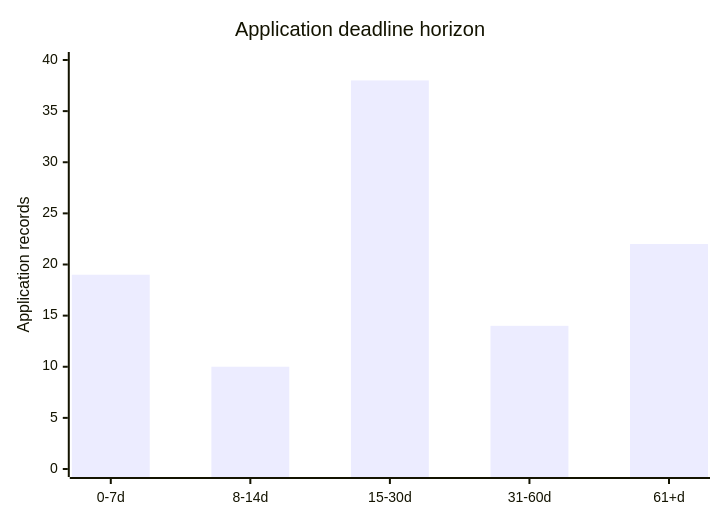
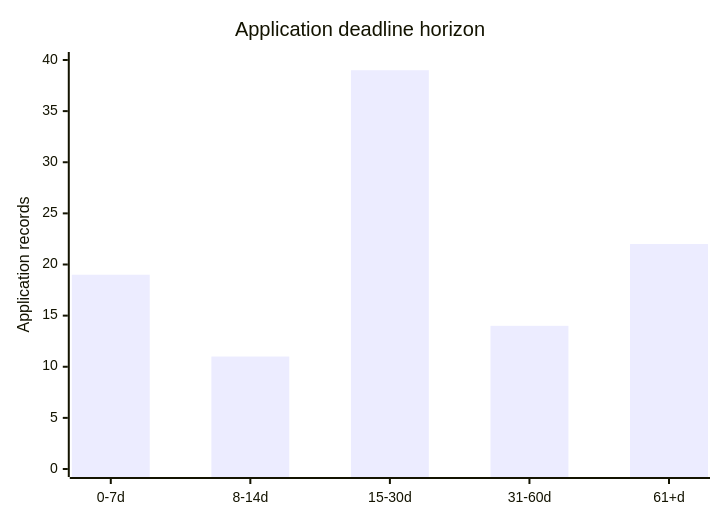
Before and after one commit to Armanasq/phd_tracker: the diagram in docs/diagrams/deadline_xy.mmd, drawn with Mermaid. The commit also changed 29 other files, not shown here.

```diff
--- a/docs/diagrams/deadline_xy.mmd
+++ b/docs/diagrams/deadline_xy.mmd
@@ -1,5 +1,5 @@
 xychart-beta
     title "Application deadline horizon"
     x-axis ["0-7d", "8-14d", "15-30d", "31-60d", "61+d"]
     y-axis "Application records" 0 --> 40
-    bar [19, 10, 38, 14, 22]
+    bar [19, 11, 39, 14, 22]
```
